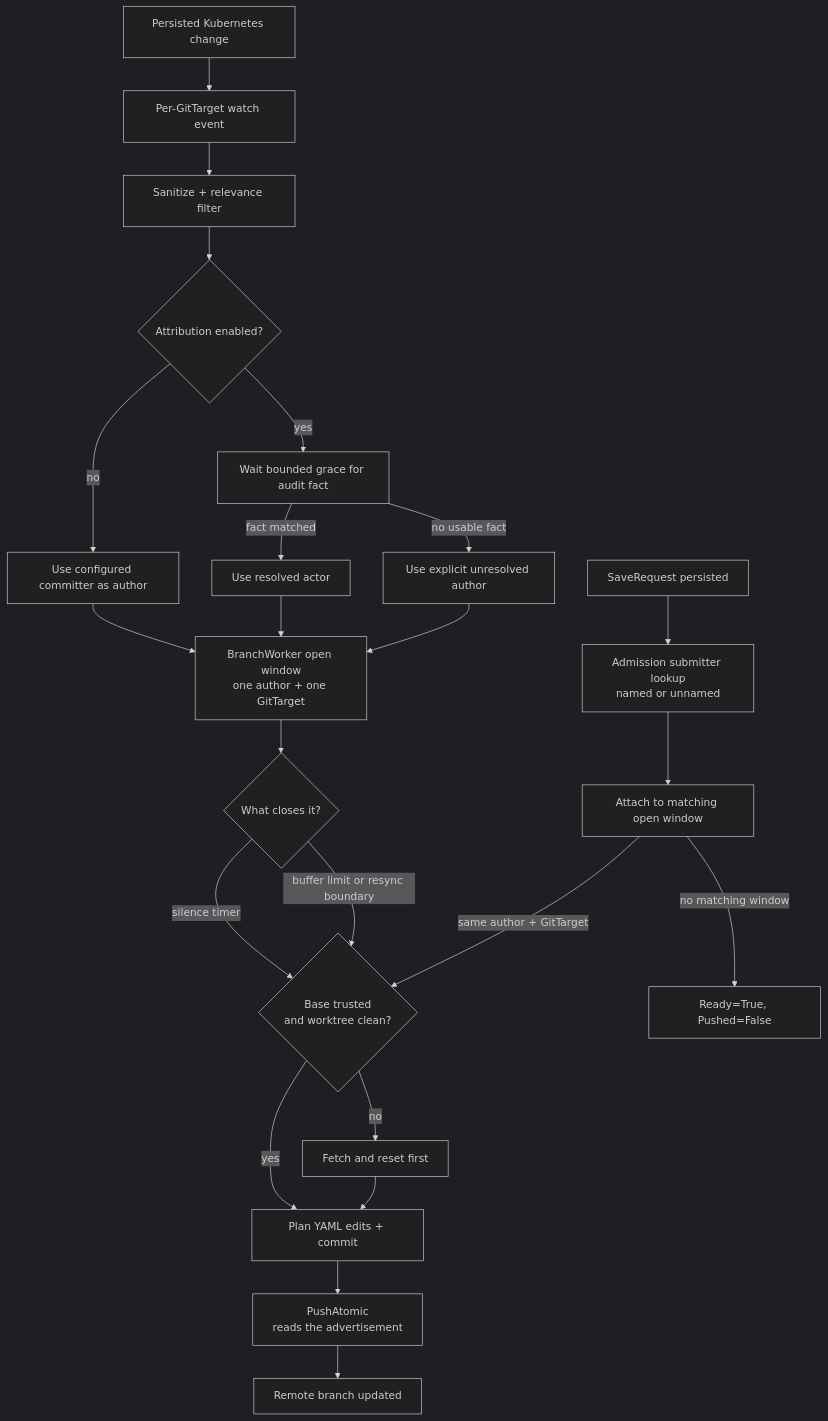
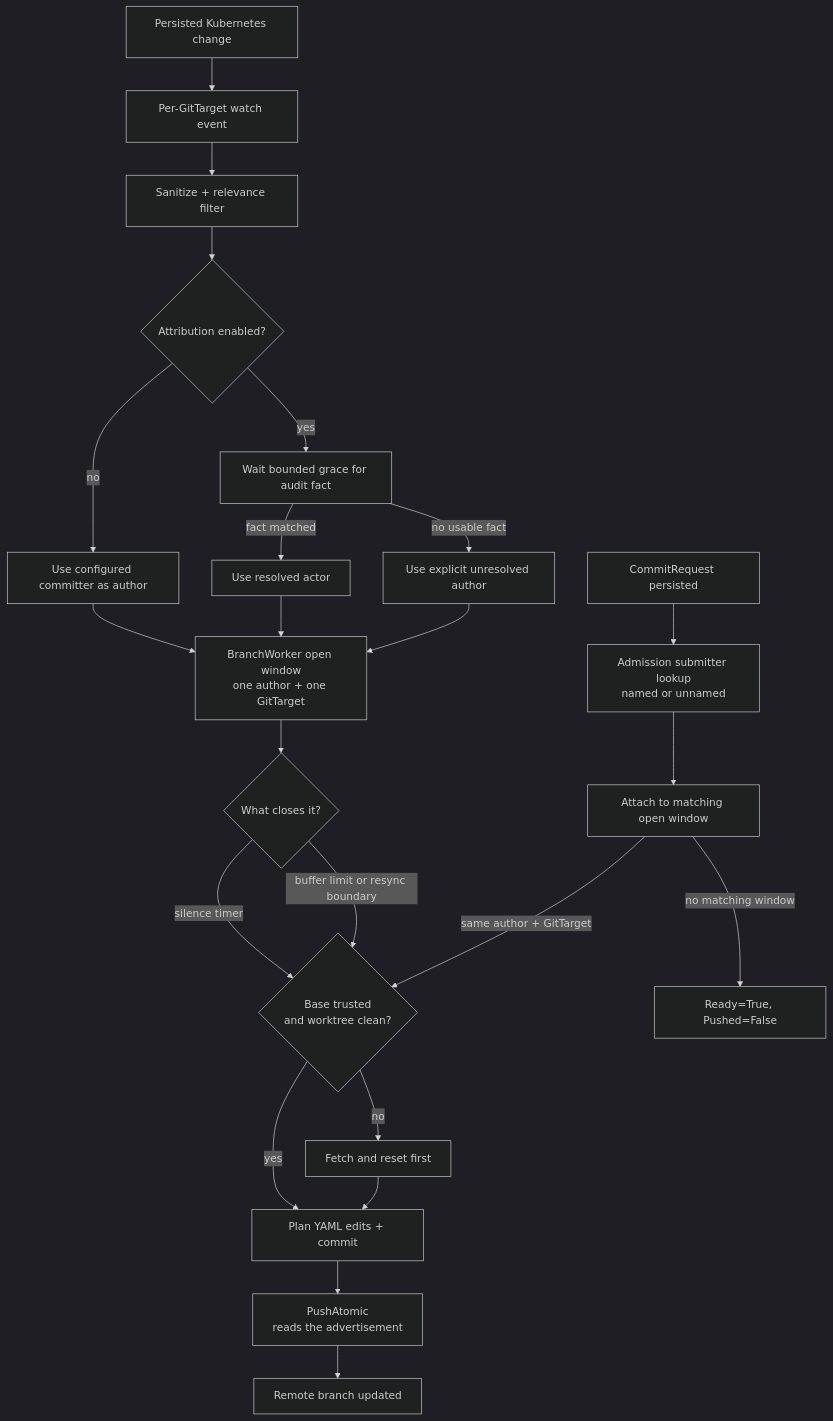
The third of 6 diagrams in docs/architecture.md (ConfigButler/gitops-reverser), drawn with Mermaid (dark theme) before and after one commit. The commit also changed other lines of this file and 160 other files, not shown here.

First line of the commit message:
refactor(api): CommitRequest is CommitRequest again

````diff
--- a/docs/architecture.md
+++ b/docs/architecture.md
@@ -729,28 +729,28 @@
 ```mermaid
 flowchart TD
     CHANGE[Persisted Kubernetes change] --> WATCH[Per-GitTarget watch event]
     WATCH --> FILTER[Sanitize + relevance filter]
     FILTER --> AUTHOR{Attribution enabled?}
     AUTHOR -->|yes| AUDIT[Wait bounded grace for audit fact]
     AUTHOR -->|no| COMMITTER[Use configured committer as author]
     AUDIT -->|fact matched| RESOLVED[Use resolved actor]
     AUDIT -->|no usable fact| UNRESOLVED[Use explicit unresolved author]
     COMMITTER --> WINDOW[BranchWorker open window<br/>one author + one GitTarget]
     RESOLVED --> WINDOW
     UNRESOLVED --> WINDOW
 
     WINDOW --> TIMER{What closes it?}
     TIMER -->|silence timer| BASE
     TIMER -->|buffer limit or resync boundary| BASE
 
-    CR[SaveRequest persisted] --> ADMISSION[Admission submitter lookup<br/>named or unnamed]
+    CR[CommitRequest persisted] --> ADMISSION[Admission submitter lookup<br/>named or unnamed]
     ADMISSION --> ATTACH[Attach to matching open window]
     ATTACH -->|same author + GitTarget| BASE
     ATTACH -->|no matching window| BENIGN[Ready=True, Pushed=False]
 
     BASE{Base trusted<br/>and worktree clean?} -->|yes| FLUSH
     BASE -->|no| FETCH[Fetch and reset first]
     FETCH --> FLUSH[Plan YAML edits + commit]
     FLUSH --> PUSH[PushAtomic<br/>reads the advertisement]
     PUSH --> DONE[Remote branch updated]
 ```
````
